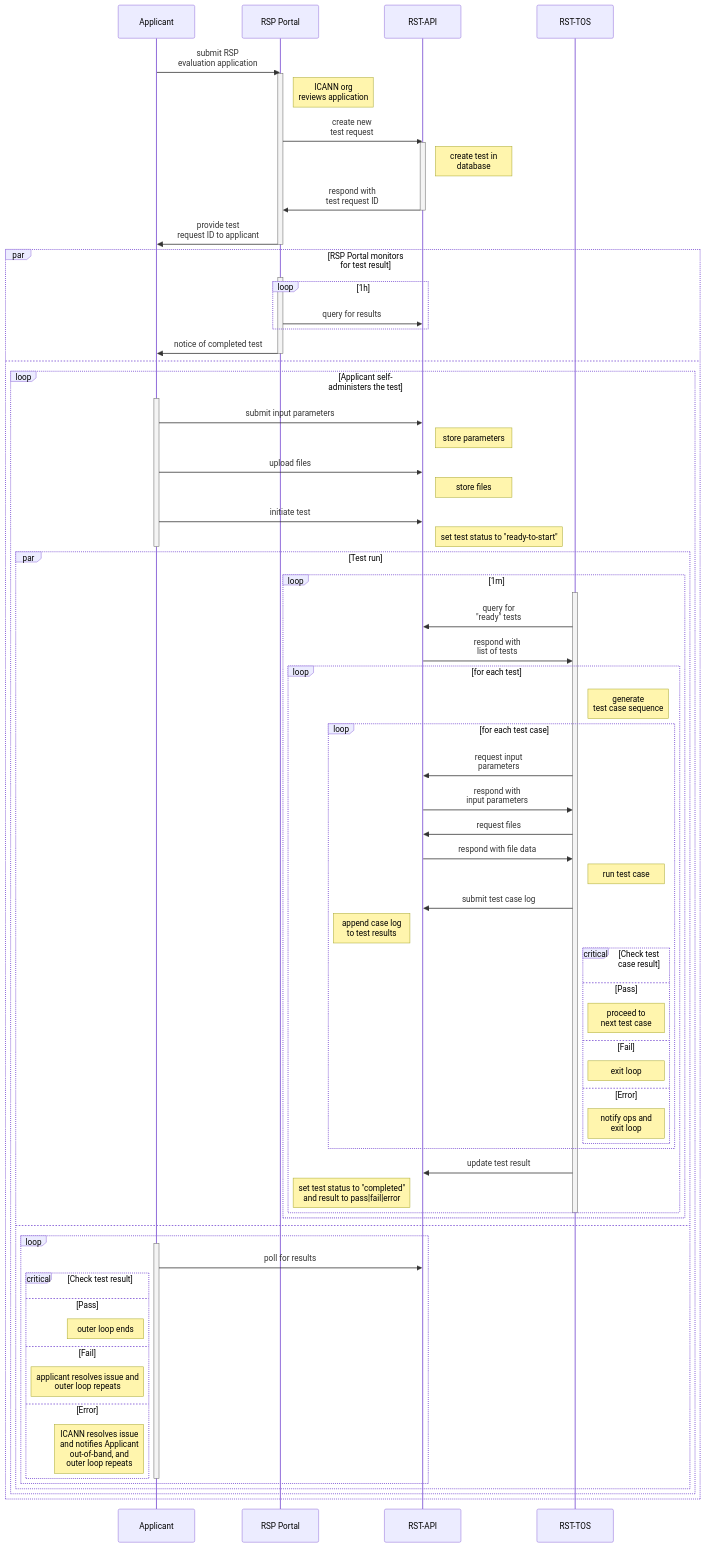
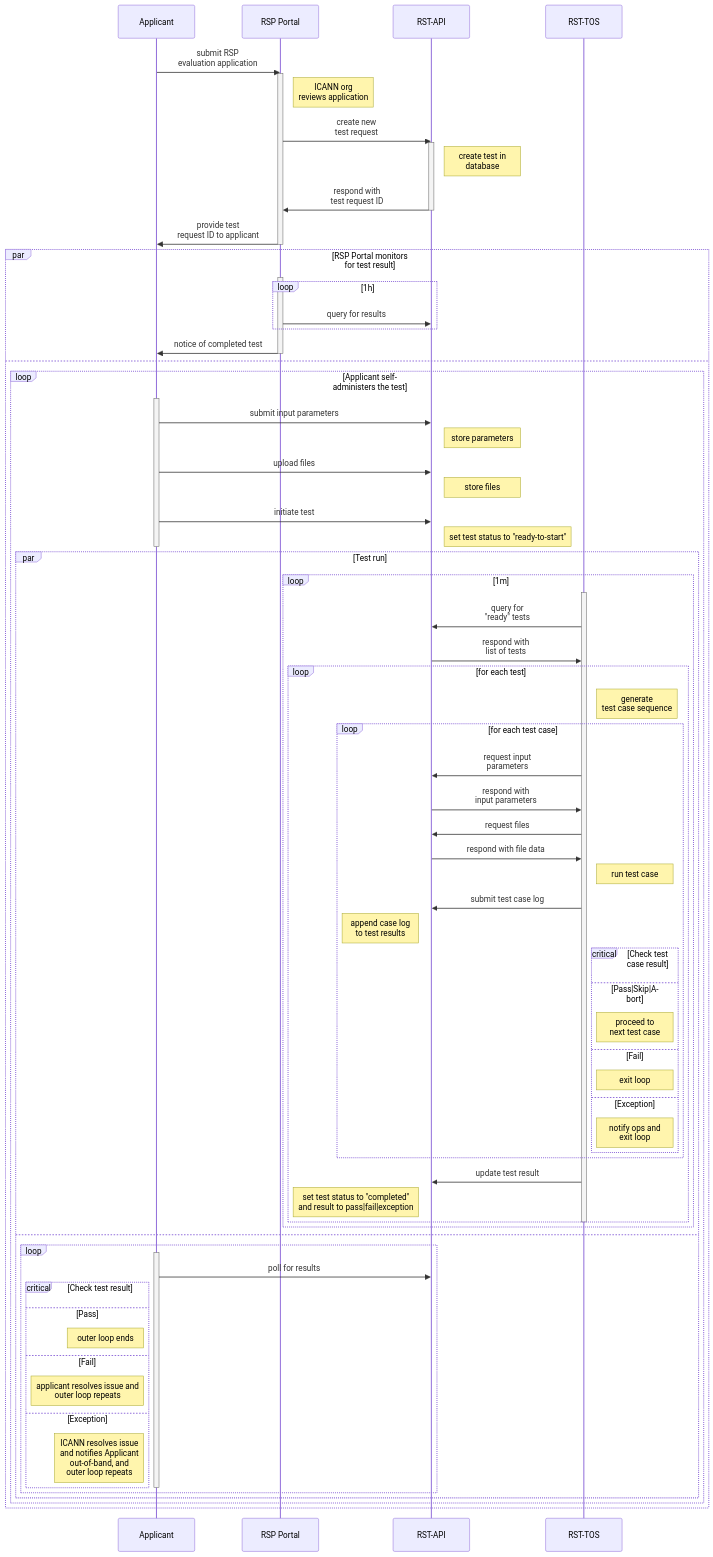
Before and after one commit to icann/rst-api-spec: the diagram in etc/workflow.mmd, drawn with Mermaid. The commit also changed 1 other file, not shown here.

Commit message:
rename "error" to "exception"

```diff
--- a/etc/workflow.mmd
+++ b/etc/workflow.mmd
@@ -1,84 +1,84 @@
 sequenceDiagram
     Applicant->>RSP Portal: submit RSP<br>evaluation application
 
     Activate RSP Portal
 
     Note right of RSP Portal: ICANN org<br>reviews application
 
     RSP Portal->>RST-API: create new<br>test request
 
     Activate RST-API
     Note right of RST-API: create test in<br>database
     RST-API->>RSP Portal: respond with<br>test request ID
     Deactivate RST-API
 
     RSP Portal->>Applicant: provide test<br>request ID to applicant
 
     Deactivate RSP Portal
 
     par RSP Portal monitors<br>for test result
         Activate RSP Portal
 
         loop 1h
             RSP Portal->>RST-API: query for results
         end
 
         RSP Portal->>Applicant: notice of completed test
 
         Deactivate RSP Portal
     and
         loop Applicant self-<br>administers the test
             Activate Applicant
             Applicant->>RST-API: submit input parameters
             Note right of RST-API: store parameters
             Applicant->>RST-API: upload files
             Note right of RST-API: store files
             Applicant->>RST-API: initiate test
             Note right of RST-API: set test status to "ready-to-start"
             Deactivate Applicant
             par Test run
                 loop 1m
                     Activate RST-TOS
                     RST-TOS->>RST-API: query for<br>"ready" tests
                     RST-API->>RST-TOS: respond with<br>list of tests
                     loop for each test
                         Note right of RST-TOS: generate<br>test case sequence
                         loop for each test case
                             RST-TOS->>RST-API: request input<br>parameters
                             RST-API->>RST-TOS: respond with<br>input parameters
                             RST-TOS->>RST-API: request files
                             RST-API->>RST-TOS: respond with file data
                             Note right of RST-TOS: run test case
                             RST-TOS->>RST-API: submit test case log
                             Note left of RST-API: append case log<br>to test results
                             critical Check test case result
-                            option Pass
+                            option Pass|Skip|Abort
                                 note right of RST-TOS: proceed to<br>next test case
                             option Fail
                                 note right of RST-TOS: exit loop
-                            option Error
+                            option Exception
                                 note right of RST-TOS: notify ops and <br>exit loop
                             end
                         end
                         RST-TOS->>RST-API: update test result
-                        Note left of RST-API: set test status to "completed"<br>and result to pass|fail|error
+                        Note left of RST-API: set test status to "completed"<br>and result to pass|fail|exception
                     end
                     Deactivate RST-TOS
                 end
             and
                 loop
                     Activate Applicant
                     Applicant->>RST-API: poll for results
                     critical Check test result
                     option Pass
                         Note left of Applicant: outer loop ends
                     option Fail
                         note left of Applicant: applicant resolves issue and<br>outer loop repeats
-                    option Error
+                    option Exception
                         Note left of Applicant: ICANN resolves issue<br>and notifies Applicant<br>out-of-band, and<br>outer loop repeats
                     end
                     Deactivate Applicant
                 end
             end
         end
     end
```
